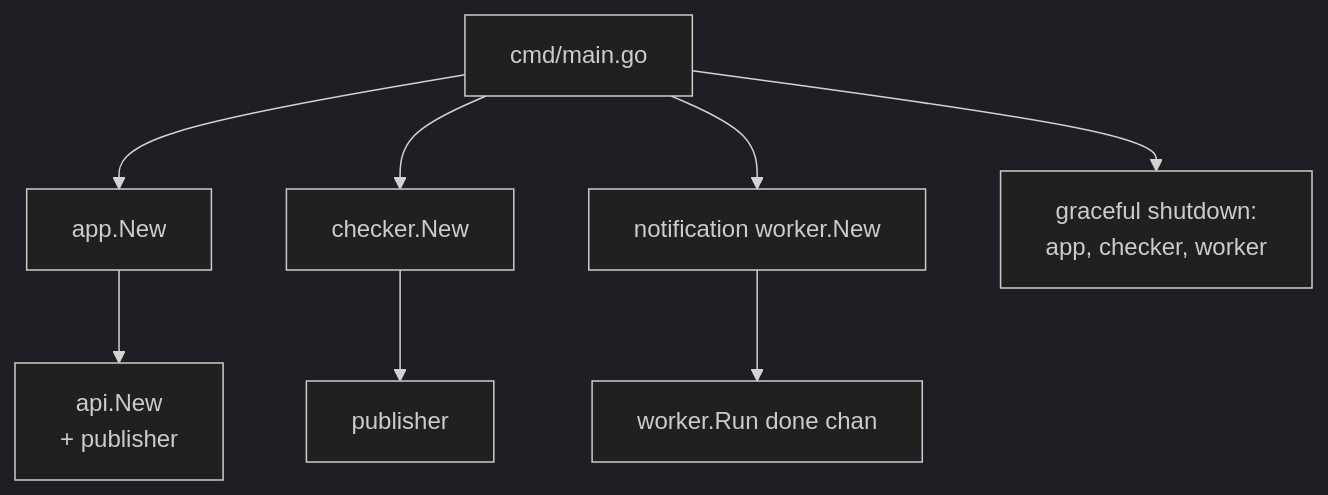
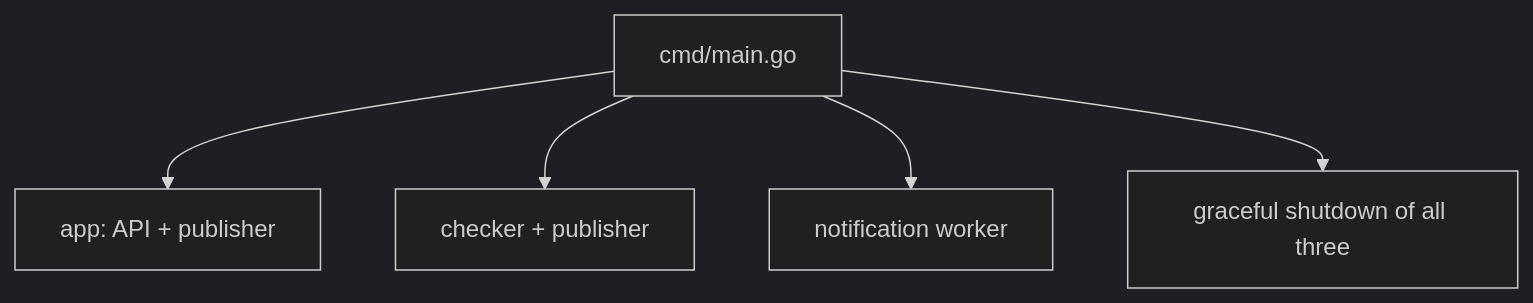
The third of 3 diagrams in docs/notifications/architecture.md (stackmon/status-dashboard-v3), drawn with Mermaid (dark theme) before and after one commit. The commit also changed other lines of this file and 2 other files, not shown here.

First line of the commit message:
Refactor email notification system for maintenance events

````diff
--- a/docs/notifications/architecture.md
+++ b/docs/notifications/architecture.md
@@ -350,10 +299,7 @@
 ```mermaid
 flowchart TB
-    M[cmd/main.go] --> APP[app.New]
-    M --> CHK[checker.New]
-    M --> WRK[notification worker.New]
-    APP --> API[api.New<br/>+ publisher]
-    CHK --> PUBc[publisher]
-    WRK --> LOOP[worker.Run done chan]
-    M --> SD[graceful shutdown:<br/>app, checker, worker]
+    M[cmd/main.go] --> APP[app: API + publisher]
+    M --> CHK[checker + publisher]
+    M --> WRK[notification worker]
+    M --> SD[graceful shutdown of all three]
 ```
````
